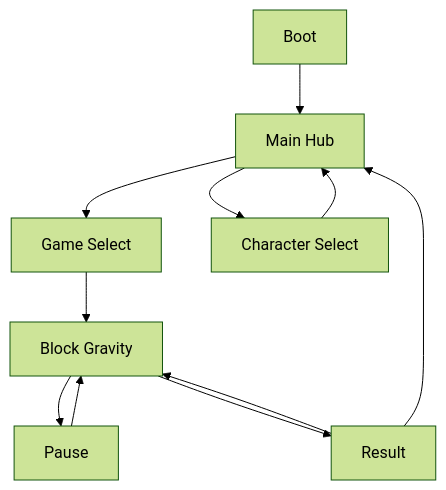
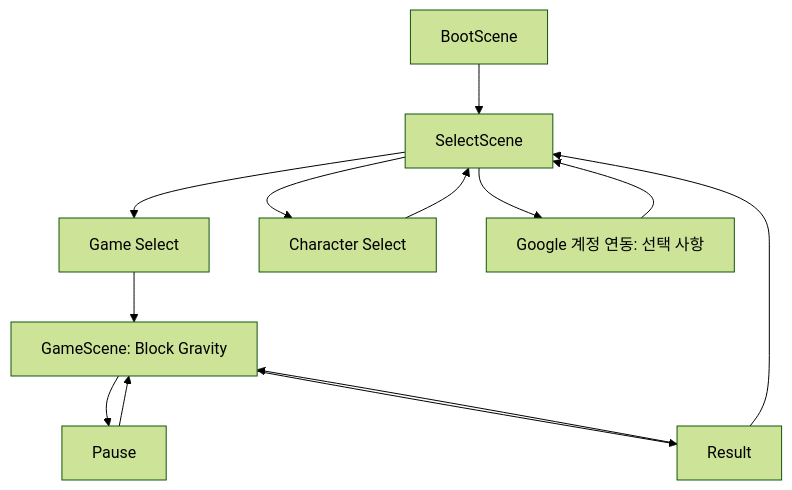
One commit to johnjohn2435/Project-PA changed the diagram in Document/MiniGameHeaven_Unity_MVP_Spec.md. Above: the diagram before and after it, drawn with Mermaid (forest theme). The commit also changed other lines of this file and 6 other files, not shown here.

````diff
--- a/Document/MiniGameHeaven_Unity_MVP_Spec.md
+++ b/Document/MiniGameHeaven_Unity_MVP_Spec.md
@@ -172,13 +174,15 @@
 ```mermaid
 flowchart TD
-    A[Boot] --> B[Main Hub]
+    A[BootScene] --> B[SelectScene]
     B --> C[Game Select]
     B --> D[Character Select]
-    C --> E[Block Gravity]
+    C --> E[GameScene: Block Gravity]
     E --> F[Pause]
     F --> E
     E --> G[Result]
     G --> E
     G --> B
     D --> B
+    B --> H[Google 계정 연동: 선택 사항]
+    H --> B
 ```
````
